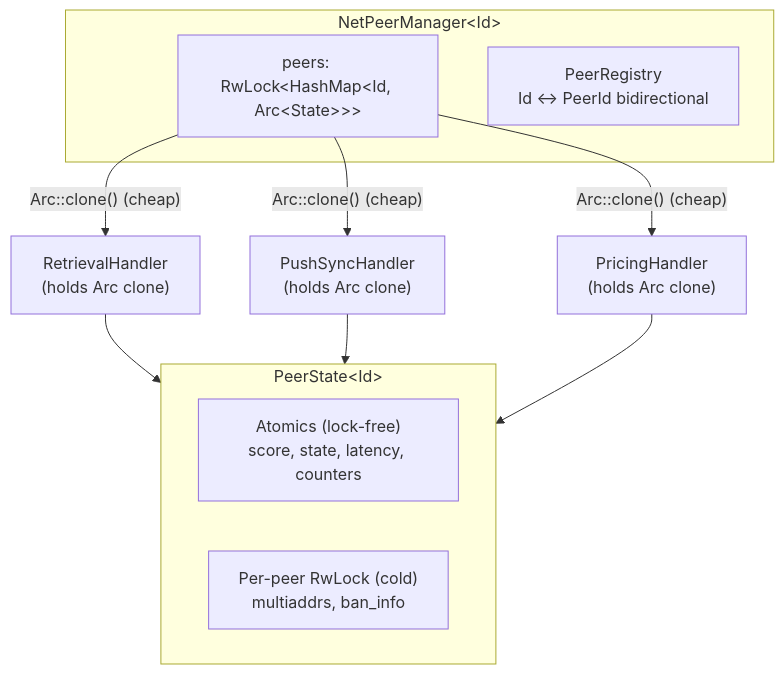
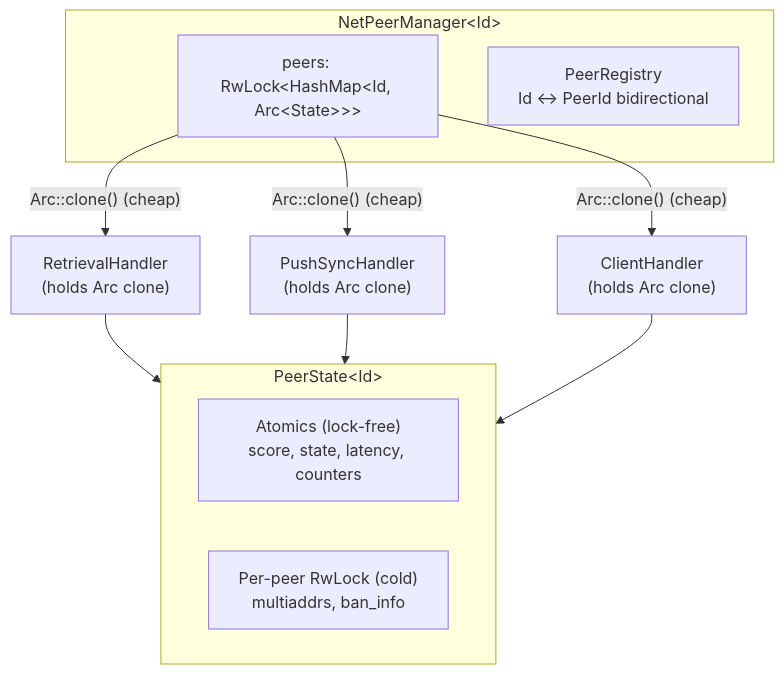
Before and after one commit to nxm-rs/vertex: the diagram in docs/networking/peer-management.md, drawn with Mermaid. The commit also changed 19 other files, not shown here.

````diff
--- a/docs/networking/peer-management.md
+++ b/docs/networking/peer-management.md
@@ -20,20 +20,20 @@
 ```mermaid
 graph TD
     subgraph "NetPeerManager&lt;Id&gt;"
         peers["peers: RwLock&lt;HashMap&lt;Id, Arc&lt;State&gt;&gt;&gt;"]
         registry["PeerRegistry<br/>Id ↔ PeerId bidirectional"]
     end
 
     peers -->|"Arc::clone() (cheap)"| handler1["RetrievalHandler<br/>(holds Arc clone)"]
     peers -->|"Arc::clone() (cheap)"| handler2["PushSyncHandler<br/>(holds Arc clone)"]
-    peers -->|"Arc::clone() (cheap)"| handler3["PricingHandler<br/>(holds Arc clone)"]
+    peers -->|"Arc::clone() (cheap)"| handler3["ClientHandler<br/>(holds Arc clone)"]
 
     handler1 --> state
     handler2 --> state
     handler3 --> state
 
     subgraph state["PeerState&lt;Id&gt;"]
         atomics["Atomics (lock-free)<br/>score, state, latency, counters"]
         locked["Per-peer RwLock (cold)<br/>multiaddrs, ban_info"]
     end
 ```
````
